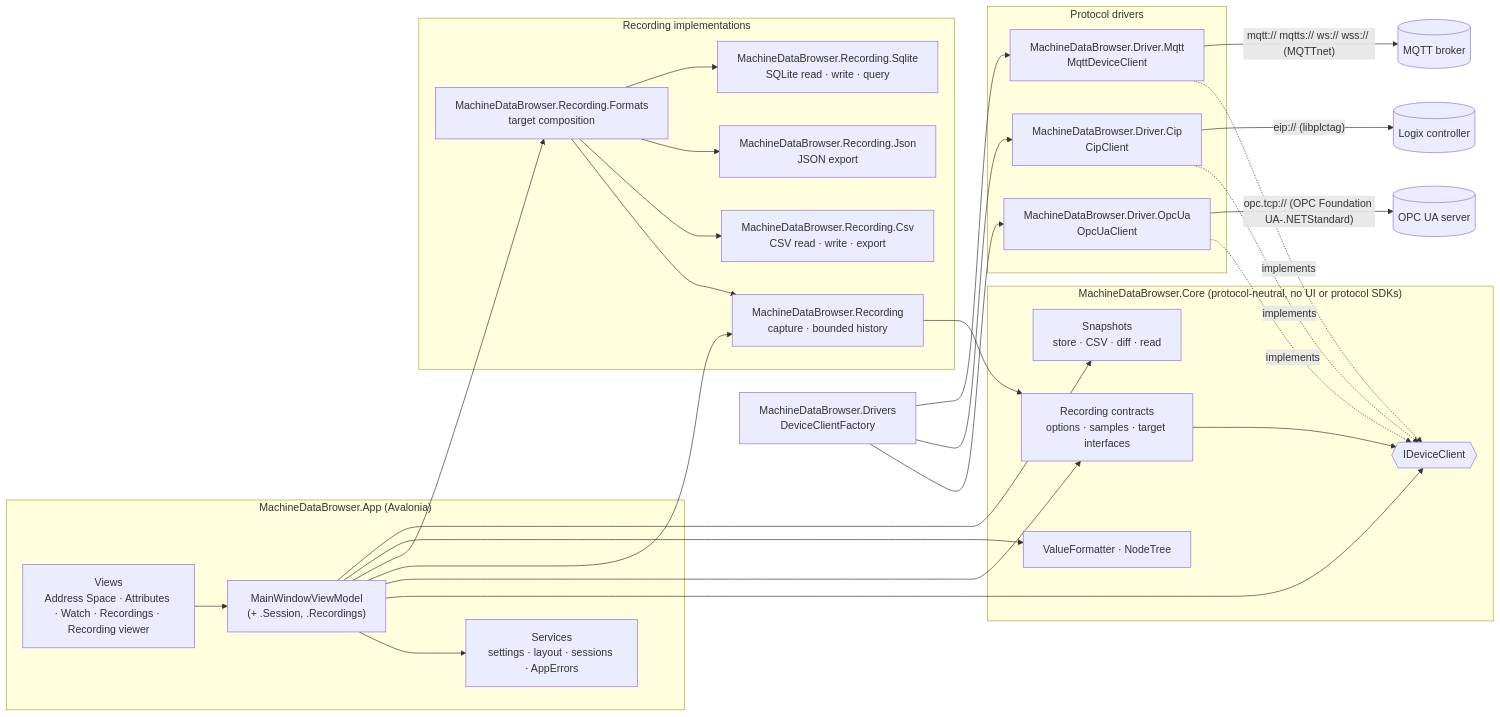
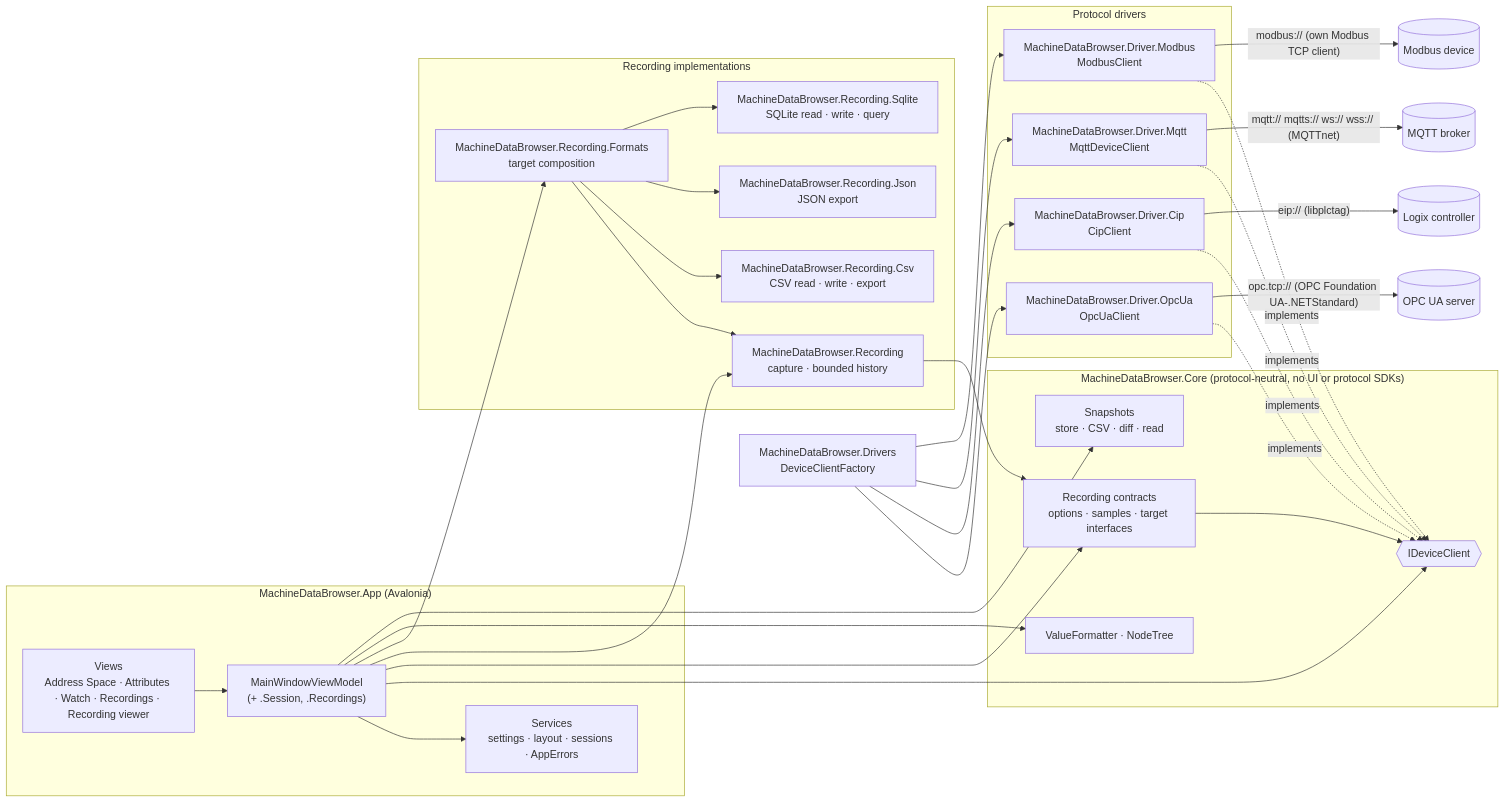
Before and after one commit to ZaoralJ/MachineDataBrowser: the first of 5 diagrams in docs/architecture.md, drawn with Mermaid. The commit also changed other lines of this file and 87 other files, not shown here.

Commit message:
feat: Modbus TCP driver with register maps (app, CLI, TUI, MCP) (#180)

````diff
--- a/docs/architecture.md
+++ b/docs/architecture.md
@@ -14,54 +15,58 @@
 ```mermaid
 flowchart LR
     subgraph App["MachineDataBrowser.App (Avalonia)"]
         Views["Views<br/>Address Space · Attributes · Watch · Recordings · Recording viewer"]
         VM["MainWindowViewModel<br/>(+ .Session, .Recordings)"]
         Services["Services<br/>settings · layout · sessions · AppErrors"]
         Views --> VM
         VM --> Services
     end
 
     subgraph Core["MachineDataBrowser.Core (protocol-neutral, no UI or protocol SDKs)"]
         IDC{{"IDeviceClient"}}
         Rec["Recording contracts<br/>options · samples · target interfaces"]
         Fmt["ValueFormatter · NodeTree"]
         Snap["Snapshots<br/>store · CSV · diff · read"]
         Rec --> IDC
     end
 
     subgraph Recording["Recording implementations"]
         Engine["MachineDataBrowser.Recording<br/>capture · bounded history"]
         Csv["MachineDataBrowser.Recording.Csv<br/>CSV read · write · export"]
         Json["MachineDataBrowser.Recording.Json<br/>JSON export"]
         Sqlite["MachineDataBrowser.Recording.Sqlite<br/>SQLite read · write · query"]
         Formats["MachineDataBrowser.Recording.Formats<br/>target composition"]
         Formats --> Engine
         Formats --> Csv
         Formats --> Json
         Formats --> Sqlite
     end
 
     subgraph Drivers["Protocol drivers"]
         Ua["MachineDataBrowser.Driver.OpcUa<br/>OpcUaClient"]
         Cip["MachineDataBrowser.Driver.Cip<br/>CipClient"]
         Mqtt["MachineDataBrowser.Driver.Mqtt<br/>MqttDeviceClient"]
+        Modbus["MachineDataBrowser.Driver.Modbus<br/>ModbusClient"]
     end
     Composition["MachineDataBrowser.Drivers<br/>DeviceClientFactory"]
     Composition --> Ua
     Composition --> Cip
     Composition --> Mqtt
+    Composition --> Modbus
     Ua -. implements .-> IDC
     Cip -. implements .-> IDC
     Mqtt -. implements .-> IDC
+    Modbus -. implements .-> IDC
     VM --> IDC
     VM --> Rec
     VM --> Engine
     VM --> Formats
     Engine --> Rec
     VM --> Fmt
     VM --> Snap
 
     Ua -- "opc.tcp:// (OPC Foundation UA-.NETStandard)" --> S1[(OPC UA server)]
     Cip -- "eip:// (libplctag)" --> S2[(Logix controller)]
     Mqtt -- "mqtt:// mqtts:// ws:// wss:// (MQTTnet)" --> S3[(MQTT broker)]
+    Modbus -- "modbus:// (own Modbus TCP client)" --> S4[(Modbus device)]
 ```
````
